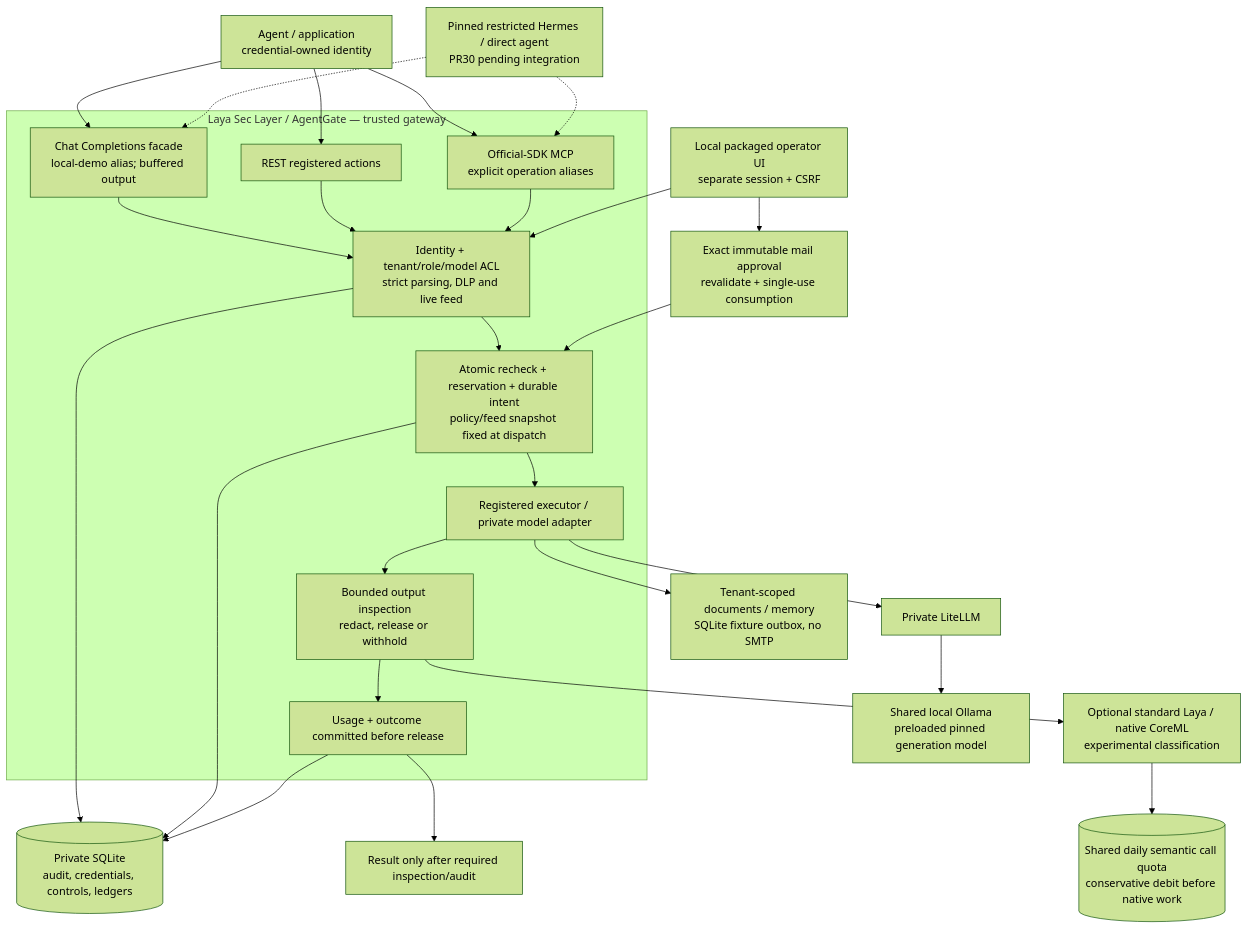
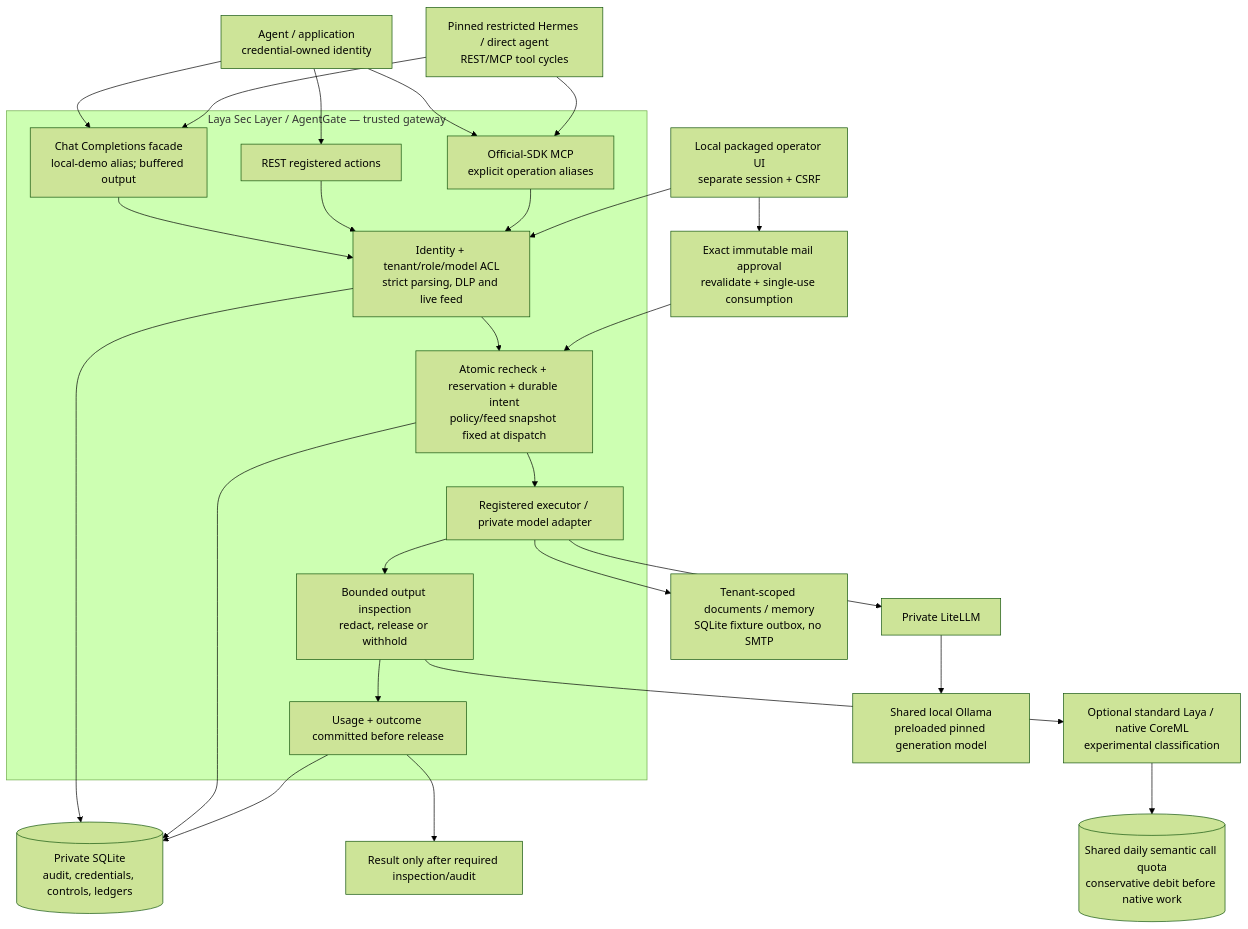
Before and after one commit to bsisduck/laya-layer: the first of 3 diagrams in docs/architecture.md, drawn with Mermaid (forest theme). The commit also changed other lines of this file and 15 other files, not shown here.

````diff
--- a/docs/architecture.md
+++ b/docs/architecture.md
@@ -11,43 +11,43 @@
 ```mermaid
 flowchart TB
     Client["Agent / application
 credential-owned identity"] --> Model["Chat Completions facade
 local-demo alias; buffered output"]
     Client --> REST["REST registered actions"]
     Client --> MCP["Official-SDK MCP
 explicit operation aliases"]
     Hermes["Pinned restricted Hermes / direct agent
-PR30 pending integration"] -.-> Model
-    Hermes -.-> MCP
+REST/MCP tool cycles"] --> Model
+    Hermes --> MCP
     subgraph Gate["Laya Sec Layer / AgentGate — trusted gateway"]
         Model --> Rules["Identity + tenant/role/model ACL
 strict parsing, DLP and live feed"]
         REST --> Rules
         MCP --> Rules
         Rules --> Ledger["Atomic recheck + reservation + durable intent
 policy/feed snapshot fixed at dispatch"]
         Ledger --> Dispatch["Registered executor / private model adapter"]
         Dispatch --> Inspect["Bounded output inspection
 redact, release or withhold"]
         Inspect --> Commit["Usage + outcome committed before release"]
     end
     Operator["Local packaged operator UI
 separate session + CSRF"] --> Rules
     Operator --> Approval["Exact immutable mail approval
 revalidate + single-use consumption"]
     Approval --> Ledger
     Dispatch --> Fixtures["Tenant-scoped documents / memory
 SQLite fixture outbox, no SMTP"]
     Dispatch --> Lite["Private LiteLLM"]
     Lite --> Ollama["Shared local Ollama
 preloaded pinned generation model"]
     Inspect --> Semantic["Optional standard Laya / native CoreML
 experimental classification"]
     Semantic --> Quota[("Shared daily semantic call quota
 conservative debit before native work")]
     Rules --> DB[("Private SQLite
 audit, credentials, controls, ledgers")]
     Ledger --> DB
     Commit --> DB
     Commit --> Reply["Result only after required inspection/audit"]
 ```
````
